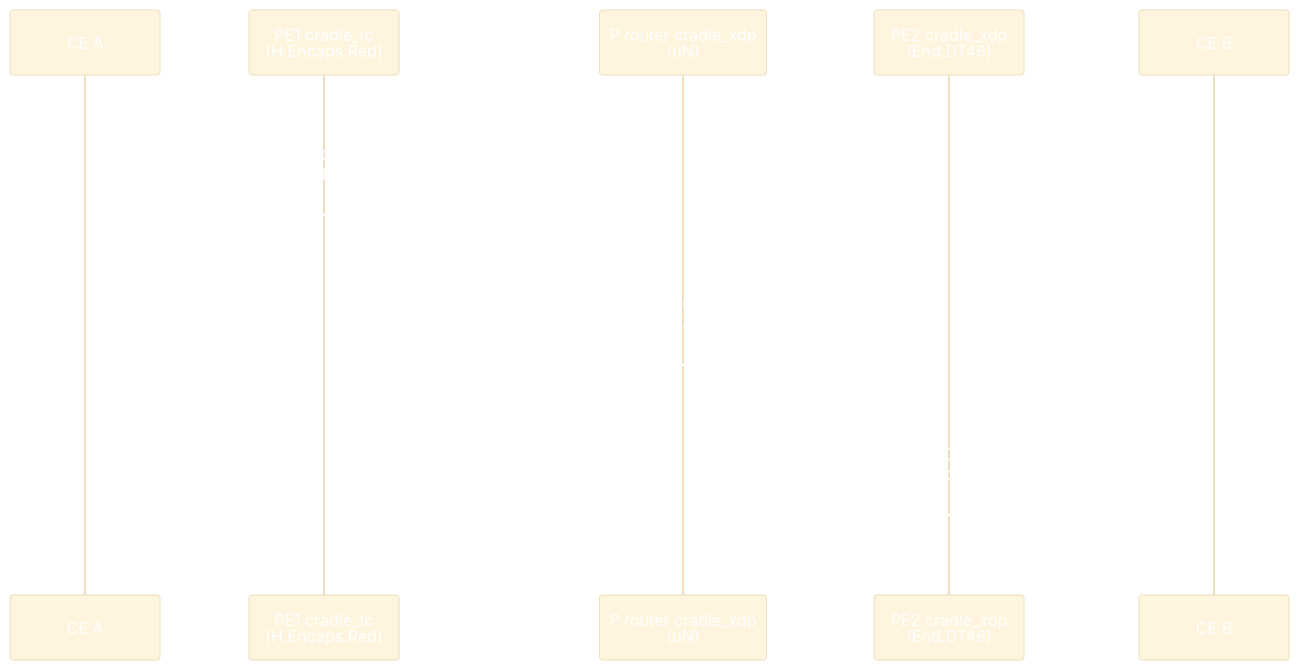
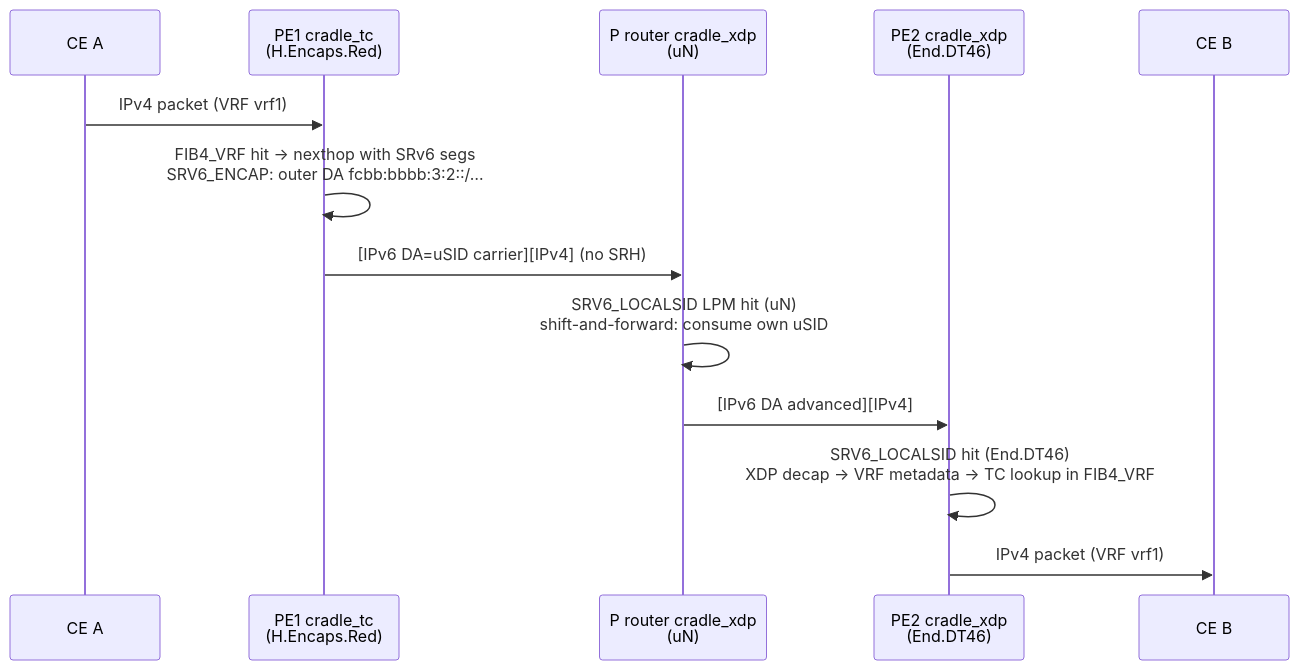
One commit to eldaninavas/srv6.md changed the diagram in docs/implementations/zebra-rs.md. Above: the diagram before and after it, drawn with Mermaid. The commit also changed 29 other files, not shown here.

First line of the commit message:
fix(mermaid): apply theme-aware colors site-wide

````diff
--- a/docs/implementations/zebra-rs.md
+++ b/docs/implementations/zebra-rs.md
@@ -268,17 +268,16 @@
 ```mermaid
-%%{init: {"theme": "base", "themeVariables": {"primaryTextColor": "#fff", "lineColor": "#ce93d8", "textColor": "#fff"}}}%%
 sequenceDiagram
     participant CE1 as CE A
     participant PE1 as PE1 cradle_tc<br/>(H.Encaps.Red)
     participant P as P router cradle_xdp<br/>(uN)
     participant PE2 as PE2 cradle_xdp<br/>(End.DT46)
     participant CE2 as CE B
 
     CE1->>PE1: IPv4 packet (VRF vrf1)
     PE1->>PE1: FIB4_VRF hit → nexthop with SRv6 segs<br/>SRV6_ENCAP: outer DA fcbb:bbbb:3:2::/…
     PE1->>P: [IPv6 DA=uSID carrier][IPv4] (no SRH)
     P->>P: SRV6_LOCALSID LPM hit (uN)<br/>shift-and-forward: consume own uSID
     P->>PE2: [IPv6 DA advanced][IPv4]
     PE2->>PE2: SRV6_LOCALSID hit (End.DT46)<br/>XDP decap → VRF metadata → TC lookup in FIB4_VRF
     PE2->>CE2: IPv4 packet (VRF vrf1)
 ```
````
